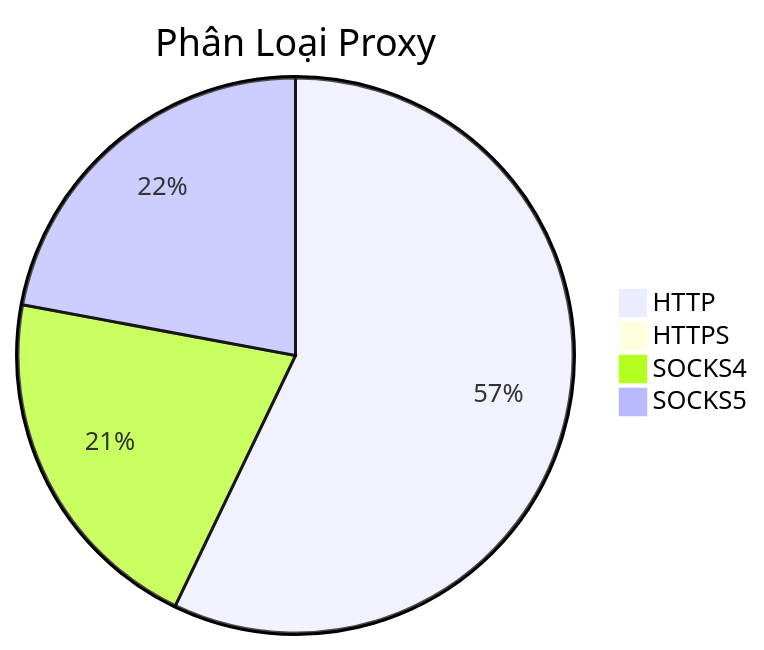
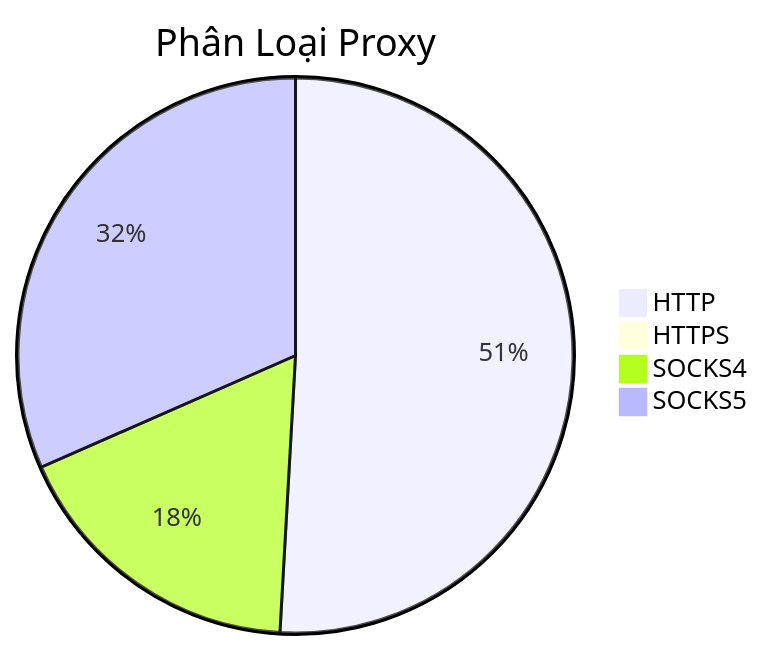
The diagram in README.md (Ciara-12/PROXY-free), drawn with Mermaid before and after one commit. The commit also changed other lines of this file and 4 other files, not shown here.

````diff
--- a/README.md
+++ b/README.md
@@ -26,7 +26,7 @@
 ```mermaid
 pie title Phân Loại Proxy
-    "HTTP" : 1030
-    "HTTPS" : 1
-    "SOCKS4" : 375
-    "SOCKS5" : 398
+    "HTTP" : 883
+    "HTTPS" : 0
+    "SOCKS4" : 304
+    "SOCKS5" : 548
 ```
````
